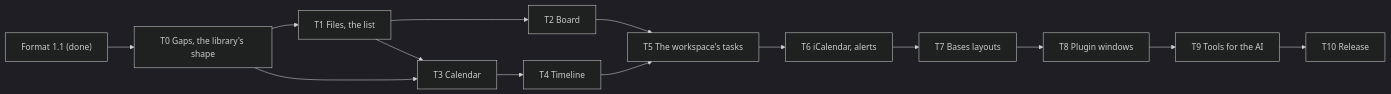
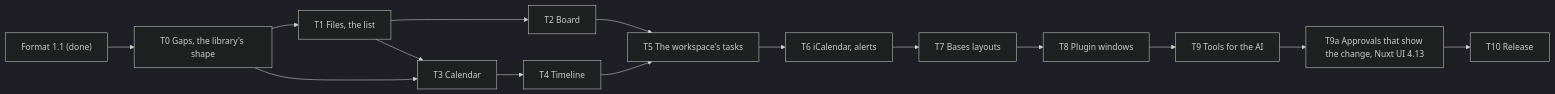
The diagram in plans/Tasks Plan.md (CTRL-Neo-Studios/vertex), drawn with Mermaid (dark theme) before and after one commit. The commit also changed other lines of this file and 34 other files, not shown here.

````diff
--- a/plans/Tasks Plan.md
+++ b/plans/Tasks Plan.md
@@ -74,10 +74,10 @@
 ```mermaid
 flowchart LR
   F["Format 1.1 (done)"] --> T0
   T0["T0 Gaps, the library's shape"] --> T1["T1 Files, the list"] --> T2["T2 Board"]
   T0 --> T3["T3 Calendar"] --> T4["T4 Timeline"]
   T1 --> T3
   T2 --> T5["T5 The workspace's tasks"]
   T4 --> T5 --> T6["T6 iCalendar, alerts"] --> T7["T7 Bases layouts"] --> T8["T8 Plugin windows"]
-  T8 --> T9["T9 Tools for the AI"] --> T10["T10 Release"]
+  T8 --> T9["T9 Tools for the AI"] --> T9a["T9a Approvals that show the change, Nuxt UI 4.13"] --> T10["T10 Release"]
 ```
````
